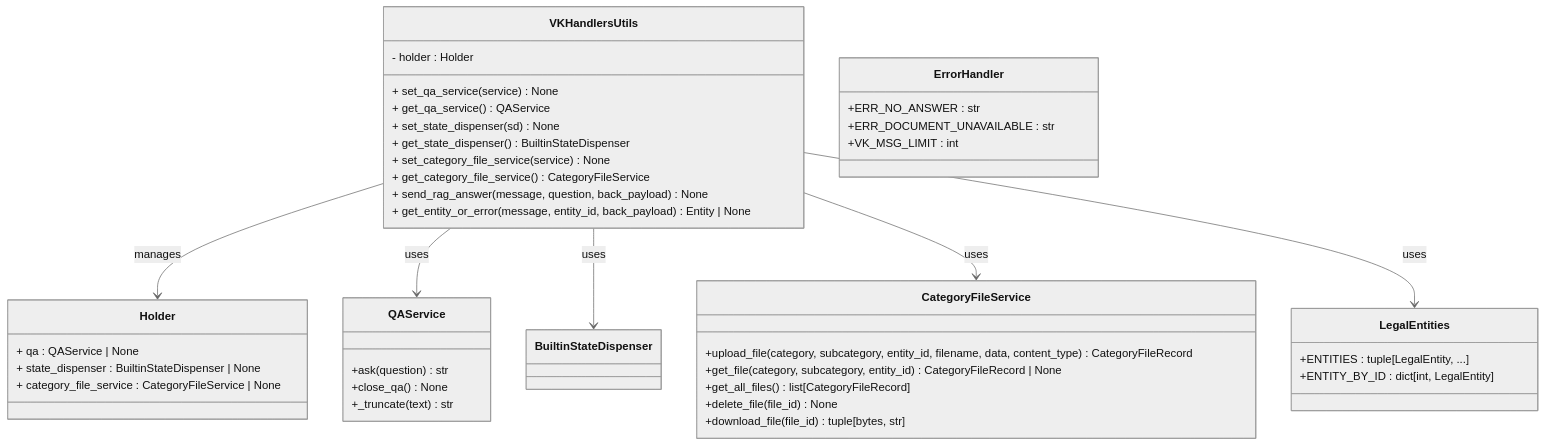
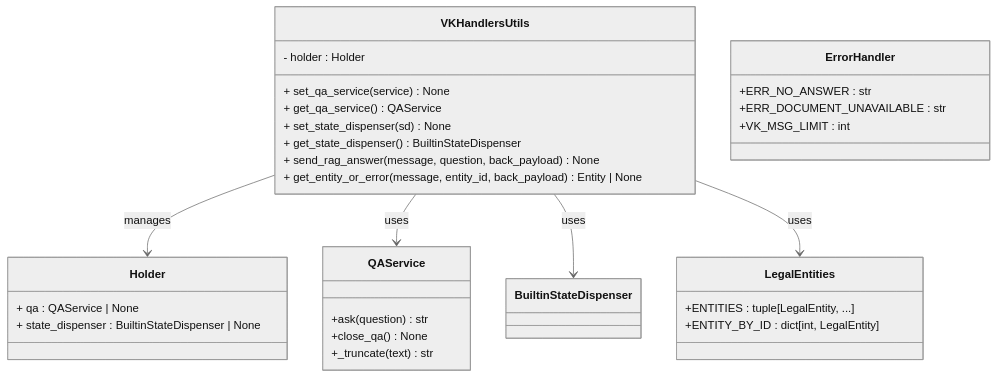
The fourth of 20 diagrams in .qoder/repowiki/en/content/VK Integration/VK Integration.md (ognelis/cafetera_hr_bot), drawn with Mermaid (neutral theme) before and after one commit. The commit also changed other lines of this file and 14 other files, not shown here.

````diff
--- a/.qoder/repowiki/en/content/VK Integration/VK Integration.md
+++ b/.qoder/repowiki/en/content/VK Integration/VK Integration.md
@@ -409,45 +376,34 @@
 ```mermaid
 classDiagram
 class VKHandlersUtils {
 - holder : Holder
 + set_qa_service(service) None
 + get_qa_service() QAService
 + set_state_dispenser(sd) None
 + get_state_dispenser() BuiltinStateDispenser
-+ set_category_file_service(service) None
-+ get_category_file_service() CategoryFileService
 + send_rag_answer(message, question, back_payload) None
 + get_entity_or_error(message, entity_id, back_payload) Entity | None
 }
 class Holder {
 + qa : QAService | None
 + state_dispenser : BuiltinStateDispenser | None
-+ category_file_service : CategoryFileService | None
 }
 class QAService {
 +ask(question) str
 +close_qa() None
 +_truncate(text) str
-}
-class CategoryFileService {
-+upload_file(category, subcategory, entity_id, filename, data, content_type) CategoryFileRecord
-+get_file(category, subcategory, entity_id) CategoryFileRecord | None
-+get_all_files() list[CategoryFileRecord]
-+delete_file(file_id) None
-+download_file(file_id) tuple[bytes, str]
 }
 class ErrorHandler {
 +ERR_NO_ANSWER : str
 +ERR_DOCUMENT_UNAVAILABLE : str
 +VK_MSG_LIMIT : int
 }
 class LegalEntities {
 +ENTITIES : tuple[LegalEntity, ...]
 +ENTITY_BY_ID : dict[int, LegalEntity]
 }
 VKHandlersUtils --> Holder : manages
 VKHandlersUtils --> QAService : uses
 VKHandlersUtils --> BuiltinStateDispenser : uses
-VKHandlersUtils --> CategoryFileService : uses
 VKHandlersUtils --> LegalEntities : uses
 ```
````
